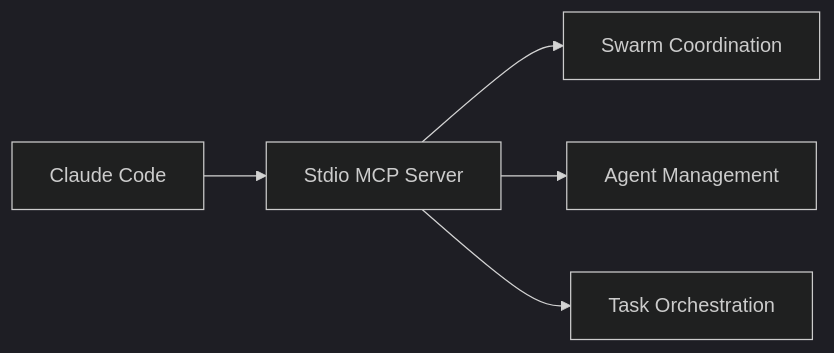
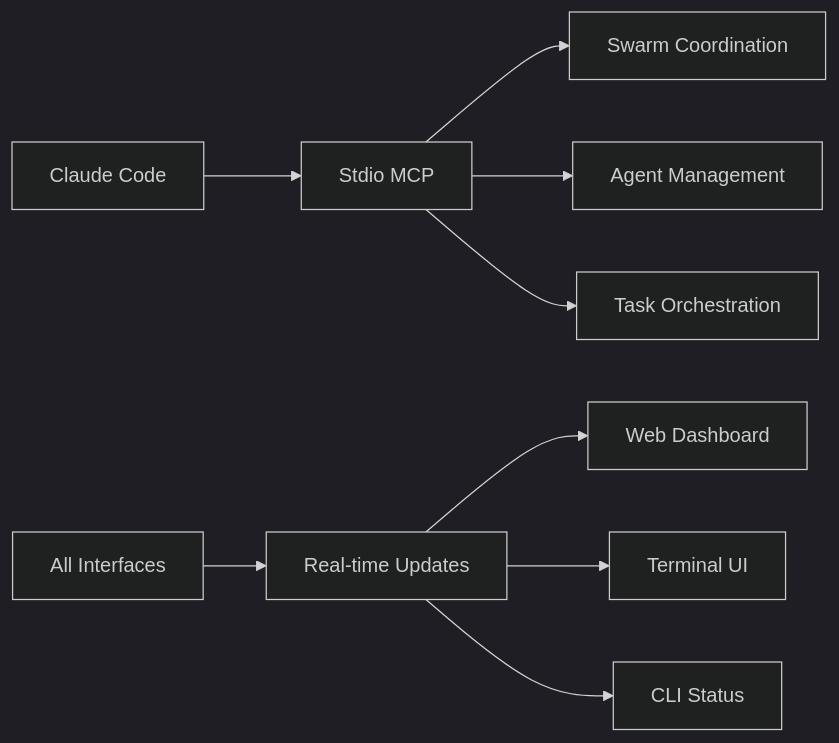
The third of 3 diagrams in CLAUDE.md (mikkihugo/zenflow), drawn with Mermaid (dark theme) before and after one commit. The commit also changed other lines of this file, not shown here.

First line of the commit message:
docs: Complete interface architecture documentation - all four interfaces

````diff
--- a/CLAUDE.md
+++ b/CLAUDE.md
@@ -123,7 +250,12 @@
 ```mermaid
 graph LR
-    A[Claude Code] --> B[Stdio MCP Server]
+    A[Claude Code] --> B[Stdio MCP]
     B --> C[Swarm Coordination]
     B --> D[Agent Management]
     B --> E[Task Orchestration]
+    
+    F[All Interfaces] --> G[Real-time Updates]
+    G --> H[Web Dashboard]
+    G --> I[Terminal UI]
+    G --> J[CLI Status]
 ```
````
